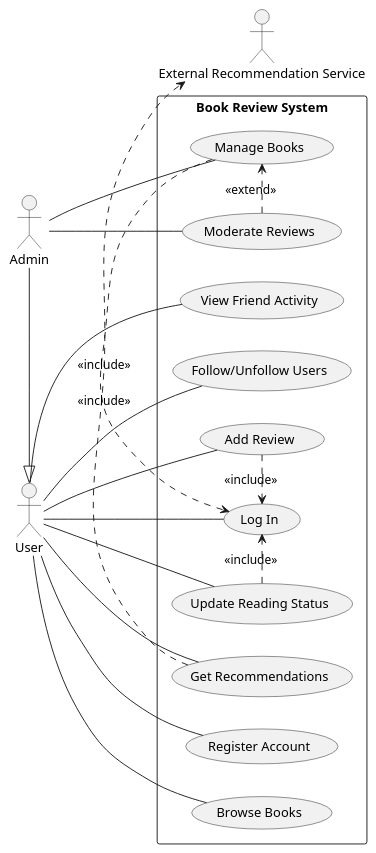
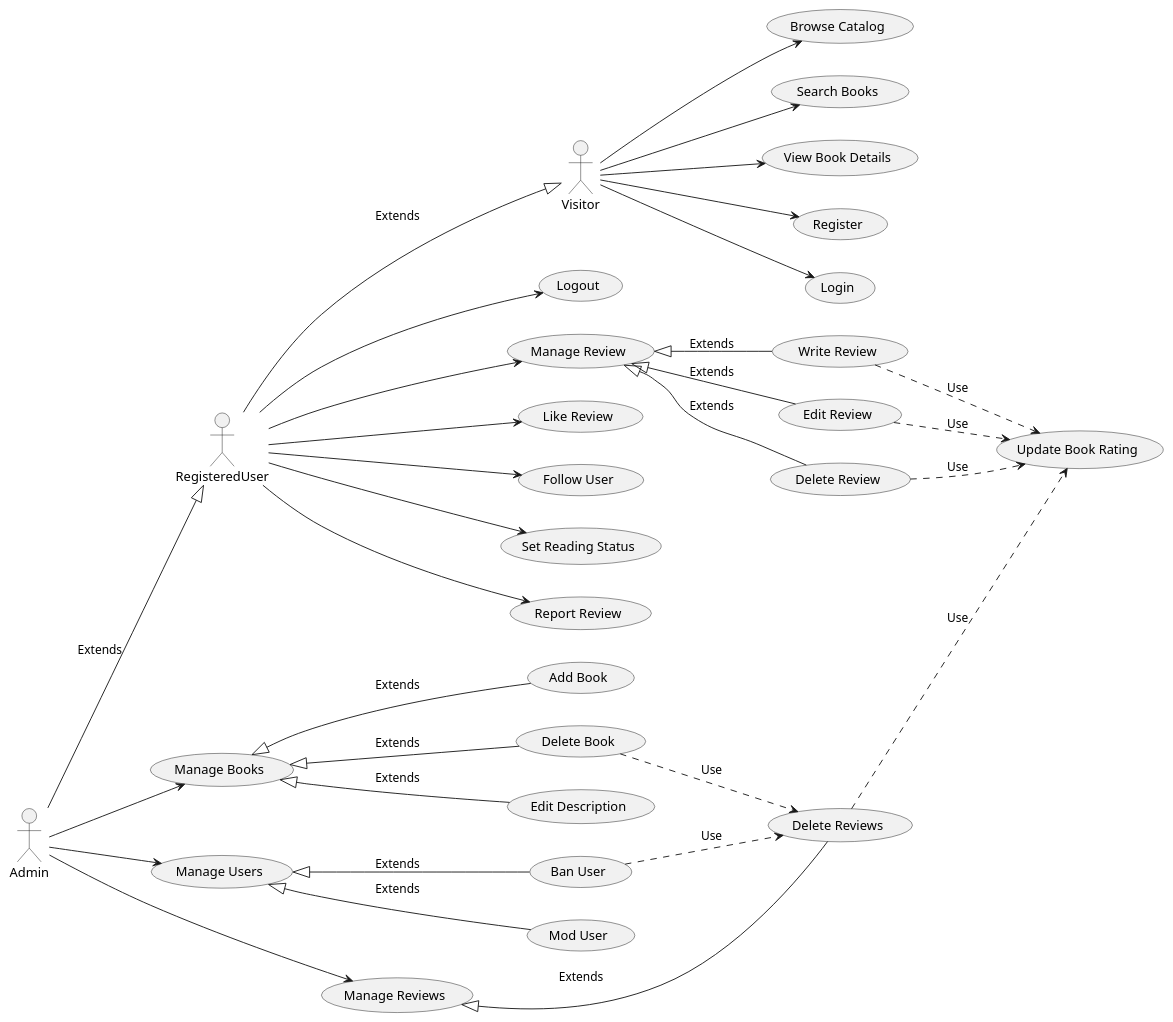
The diagram in lab2/src/UseCase.puml (FruitPug/components-of-software-engineering-labs), drawn with PlantUML before and after one commit.

Commit message:
reworked the diagram

```diff
--- a/lab2/src/UseCase.puml
+++ b/lab2/src/UseCase.puml
@@ -1,40 +1,77 @@
 @startuml
 left to right direction
 
-actor "User" as user
-actor "Admin" as admin
-actor "External Recommendation Service" as recommender
+actor Visitor
+actor RegisteredUser
+actor Admin
 
-admin -|> user
+Admin --|> RegisteredUser : Extends
+RegisteredUser --|> Visitor : Extends 
 
-rectangle "Book Review System" {
-  usecase "Register Account" as UC1
-  usecase "Log In" as UC2
-  usecase "Browse Books" as UC3
-  usecase "Add Review" as UC4
-  usecase "Update Reading Status" as UC5
-  usecase "View Friend Activity" as UC6
-  usecase "Follow/Unfollow Users" as UC7
-  usecase "Manage Books" as UC8
-  usecase "Get Recommendations" as UC9
-  usecase "Moderate Reviews" as UC10
+usecase "Browse Catalog" as UC_Browse
+usecase "Search Books" as UC_Search
+usecase "View Book Details" as UC_ViewBook
+usecase "Register" as UC_Register
+usecase "Login" as UC_Login
 
-  UC4 .> UC2 : <<include>>
-  UC5 .> UC2 : <<include>>
-  UC8 .> UC2 : <<include>>
-  UC10 .> UC8 : <<extend>>
-  UC9 .> recommender : <<include>>
-}
+usecase "Logout" as UC_Logout
+usecase "Manage Review" as UC_ManageReview
+usecase "Write Review" as UC_WriteReview
+usecase "Edit Review" as UC_EditReview
+usecase "Delete Review" as UC_DeleteReview
+usecase "Like Review" as UC_LikeReview
+usecase "Follow User" as UC_FollowUser
+usecase "Set Reading Status" as UC_Status
+usecase "Report Review" as UC_ReportReview
 
-user -- UC1
-user -- UC2
-user -- UC3
-user -- UC4
-user -- UC5
-user -- UC6
-user -- UC7
-user -- UC9
+usecase "Update Book Rating" as UC_UpdateRating
 
-admin -- UC8
-admin -- UC10
+usecase "Manage Books" as UC_ManageBooks
+usecase "Manage Users" as UC_ManageUsers
+usecase "Manage Reviews" as UC_ManageAllReviews
+usecase "Add Book" as UC_AddBook
+usecase "Delete Book" as UC_DeleteBook
+usecase "Edit Description" as UC_EditDescription
+usecase "Ban User" as UC_BanUser
+usecase "Mod User" as UC_ModUser
+usecase "Delete Reviews" as UC_DeleteReviews
+
+Visitor --> UC_Browse
+Visitor --> UC_Search
+Visitor --> UC_ViewBook
+Visitor --> UC_Register
+Visitor --> UC_Login
+
+RegisteredUser --> UC_Logout
+RegisteredUser --> UC_ManageReview
+RegisteredUser --> UC_LikeReview
+RegisteredUser --> UC_FollowUser
+RegisteredUser --> UC_Status
+RegisteredUser --> UC_ReportReview
+
+Admin --> UC_ManageBooks
+Admin --> UC_ManageUsers
+Admin --> UC_ManageAllReviews
+
+UC_WriteReview ..> UC_UpdateRating : Use
+UC_EditReview ..> UC_UpdateRating : Use
+UC_DeleteReview ..> UC_UpdateRating : Use
+
+UC_DeleteBook ..> UC_DeleteReviews : Use
+UC_BanUser ..> UC_DeleteReviews : Use
+UC_DeleteReviews ..> UC_UpdateRating : Use
+
+UC_ManageReview <|-- UC_WriteReview : Extends
+UC_ManageReview <|-- UC_EditReview : Extends
+UC_ManageReview <|-- UC_DeleteReview : Extends
+
+UC_ManageBooks <|-- UC_AddBook : Extends
+UC_ManageBooks <|-- UC_DeleteBook : Extends
+UC_ManageBooks <|-- UC_EditDescription : Extends
+
+UC_ManageUsers <|-- UC_BanUser : Extends
+UC_ManageUsers <|-- UC_ModUser : Extends
+
+UC_ManageAllReviews  <|-- UC_DeleteReviews : Extends
+
 @enduml
```
